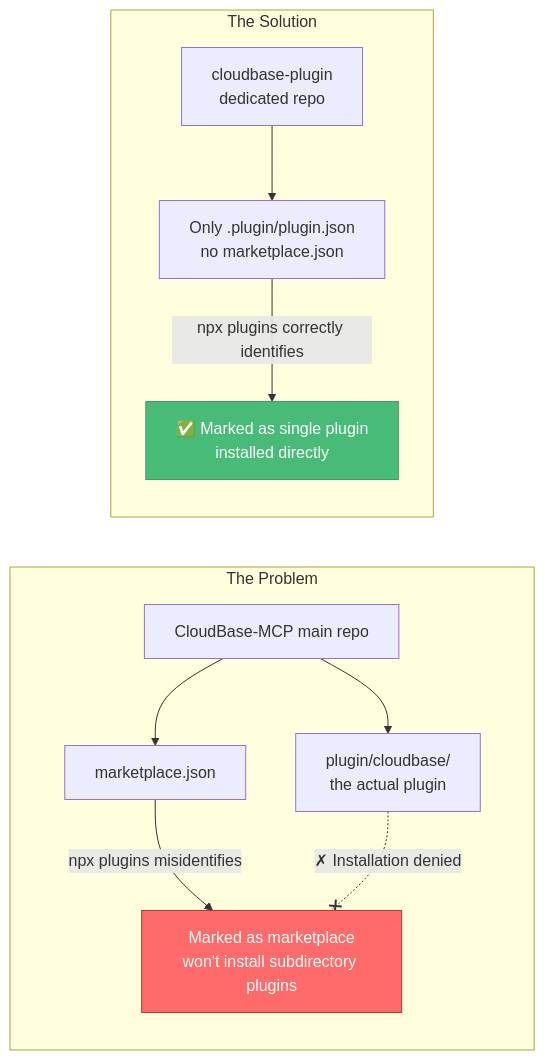
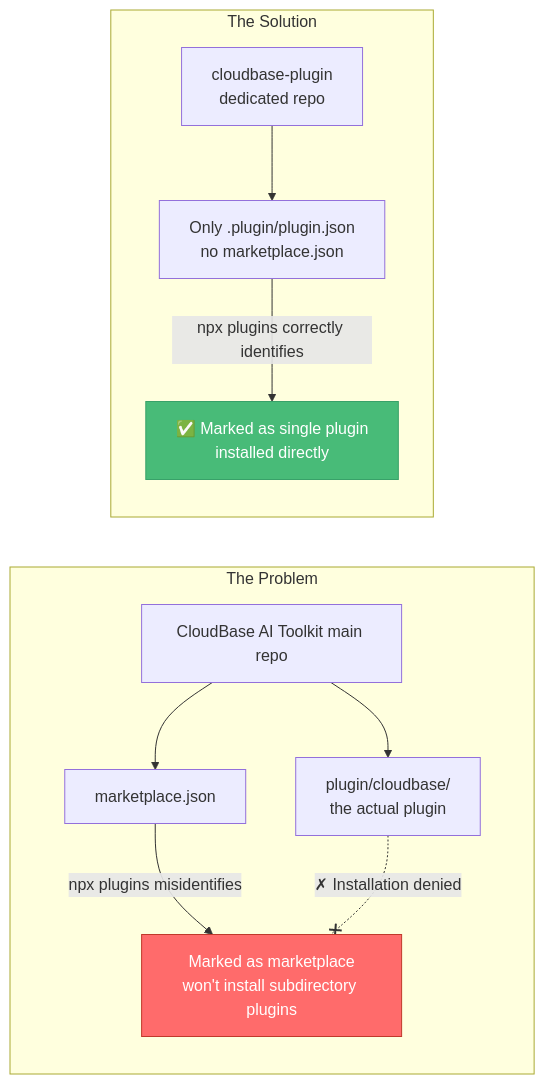
Before and after one commit to binggg/binggg.github.io: the eighth of 15 diagrams in i18n/en/docusaurus-plugin-content-blog/2026-07-18-open-plugins-standard/index.md, drawn with Mermaid. The commit also changed other lines of this file and 64 other files, not shown here.

````diff
--- a/i18n/en/docusaurus-plugin-content-blog/2026-07-18-open-plugins-standard/index.md
+++ b/i18n/en/docusaurus-plugin-content-blog/2026-07-18-open-plugins-standard/index.md
@@ -470,17 +470,17 @@
 ```mermaid
 flowchart LR
     subgraph The Problem
-        REPO[CloudBase-MCP main repo] --> M[marketplace.json]
+        REPO[CloudBase AI Toolkit main repo] --> M[marketplace.json]
         M -->|npx plugins misidentifies| WRONG[Marked as marketplace<br/>won't install subdirectory plugins]
         REPO --> SUB[plugin/cloudbase/<br/>the actual plugin]
         SUB -.-x|✗ Installation denied| WRONG
     end
 
     subgraph The Solution
         NEW_REPO[cloudbase-plugin<br/>dedicated repo] --> NEW[Only .plugin/plugin.json<br/>no marketplace.json]
         NEW -->|npx plugins correctly identifies| RIGHT[✅ Marked as single plugin<br/>installed directly]
     end
 
     style WRONG fill:#ff6b6b,stroke:#c0392b,color:#fff
     style RIGHT fill:#48bb78,stroke:#38a169,color:#fff
 ```
````
